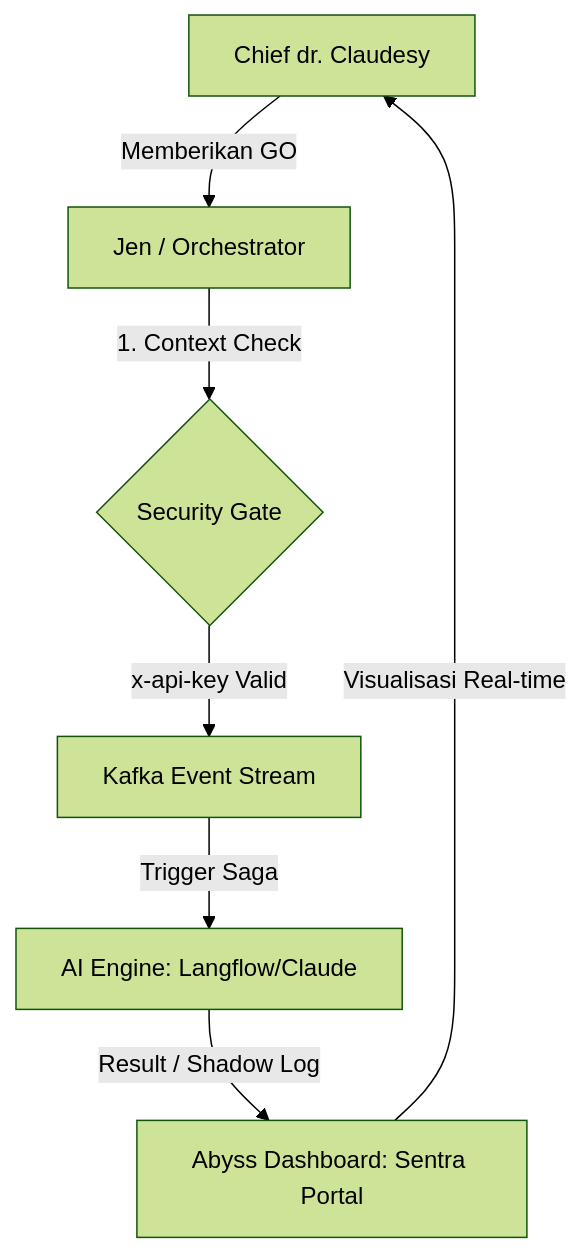
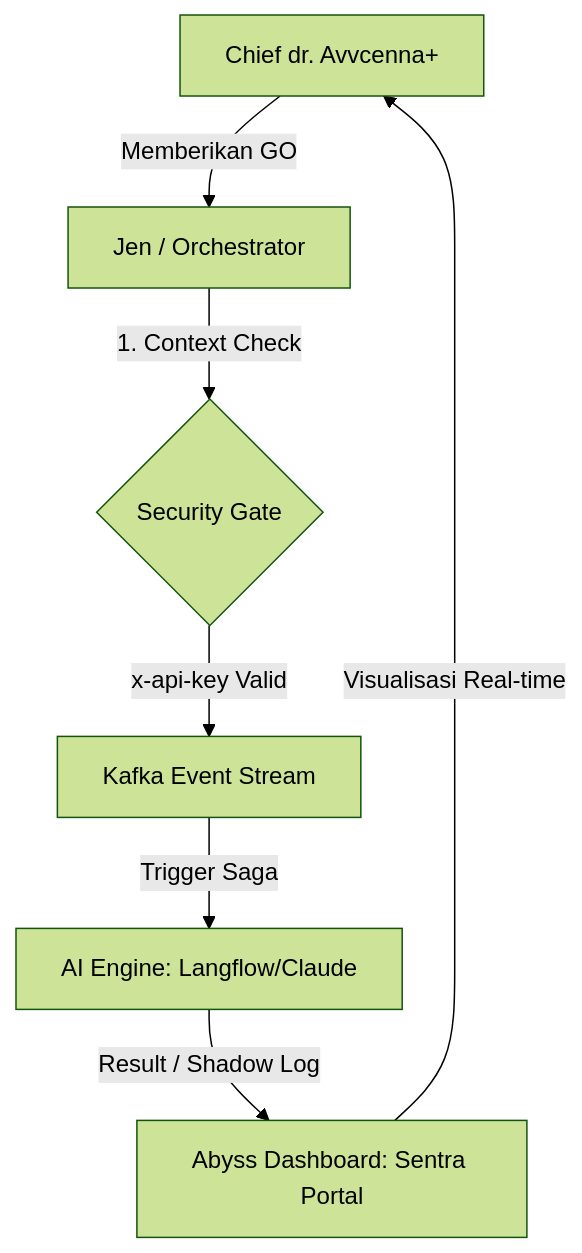
The diagram in ORCHESTRATOR.md (drclassy/monorepo-abyss), drawn with Mermaid (forest theme) before and after one commit. The commit also changed other lines of this file and 37 other files, not shown here.

First line of the commit message:
I have updated the project branding from Claudesy and Docsynapse to Avvcenna+. Here is a summary of the changes:

````diff
--- a/ORCHESTRATOR.md
+++ b/ORCHESTRATOR.md
@@ -7,9 +7,9 @@
 ```mermaid
 graph TD
-    A[Chief dr. Claudesy] -- "Memberikan GO" --> B[Jen / Orchestrator]
+    A[Chief dr. Avvcenna+] -- "Memberikan GO" --> B[Jen / Orchestrator]
     B -- "1. Context Check" --> C{Security Gate}
     C -- "x-api-key Valid" --> D[Kafka Event Stream]
     D -- "Trigger Saga" --> E[AI Engine: Langflow/Claude]
     E -- "Result / Shadow Log" --> F[Abyss Dashboard: Sentra Portal]
     F -- "Visualisasi Real-time" --> A
 ```
````
